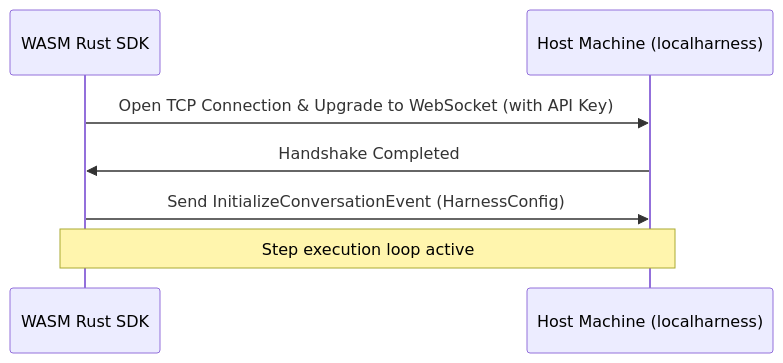
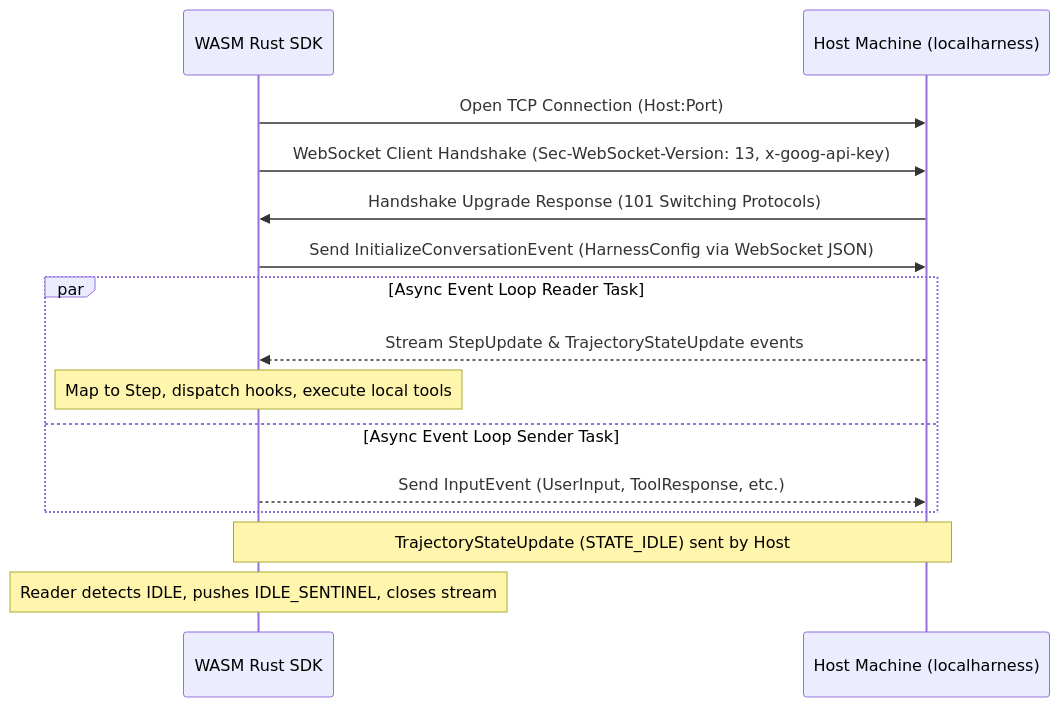
One commit to Navegos/antigravity-sdk-rust changed the third of 3 diagrams in ARCHITECTURE.md. Above: the diagram before and after it, drawn with Mermaid. The commit also changed other lines of this file and 15 other files, not shown here.

First line of the commit message:
refactor: remove async-trait dependency, adopt native async traits with companion dyn-dispatch pattern

````diff
--- a/ARCHITECTURE.md
+++ b/ARCHITECTURE.md
@@ -93,10 +93,20 @@
 ```mermaid
 sequenceDiagram
     participant SDK as WASM Rust SDK
     participant Host as Host Machine (localharness)
 
-    SDK->>Host: Open TCP Connection & Upgrade to WebSocket (with API Key)
-    Host->>SDK: Handshake Completed
-    SDK->>Host: Send InitializeConversationEvent (HarnessConfig)
-    Note over SDK,Host: Step execution loop active
+    SDK->>Host: Open TCP Connection (Host:Port)
+    SDK->>Host: WebSocket Client Handshake (Sec-WebSocket-Version: 13, x-goog-api-key)
+    Host->>SDK: Handshake Upgrade Response (101 Switching Protocols)
+    SDK->>Host: Send InitializeConversationEvent (HarnessConfig via WebSocket JSON)
+    
+    par Async Event Loop Reader Task
+        Host-->>SDK: Stream StepUpdate & TrajectoryStateUpdate events
+        Note over SDK: Map to Step, dispatch hooks, execute local tools
+    and Async Event Loop Sender Task
+        SDK-->>Host: Send InputEvent (UserInput, ToolResponse, etc.)
+    end
+
+    Note over SDK,Host: TrajectoryStateUpdate (STATE_IDLE) sent by Host
+    Note over SDK: Reader detects IDLE, pushes IDLE_SENTINEL, closes stream
 ```
````
